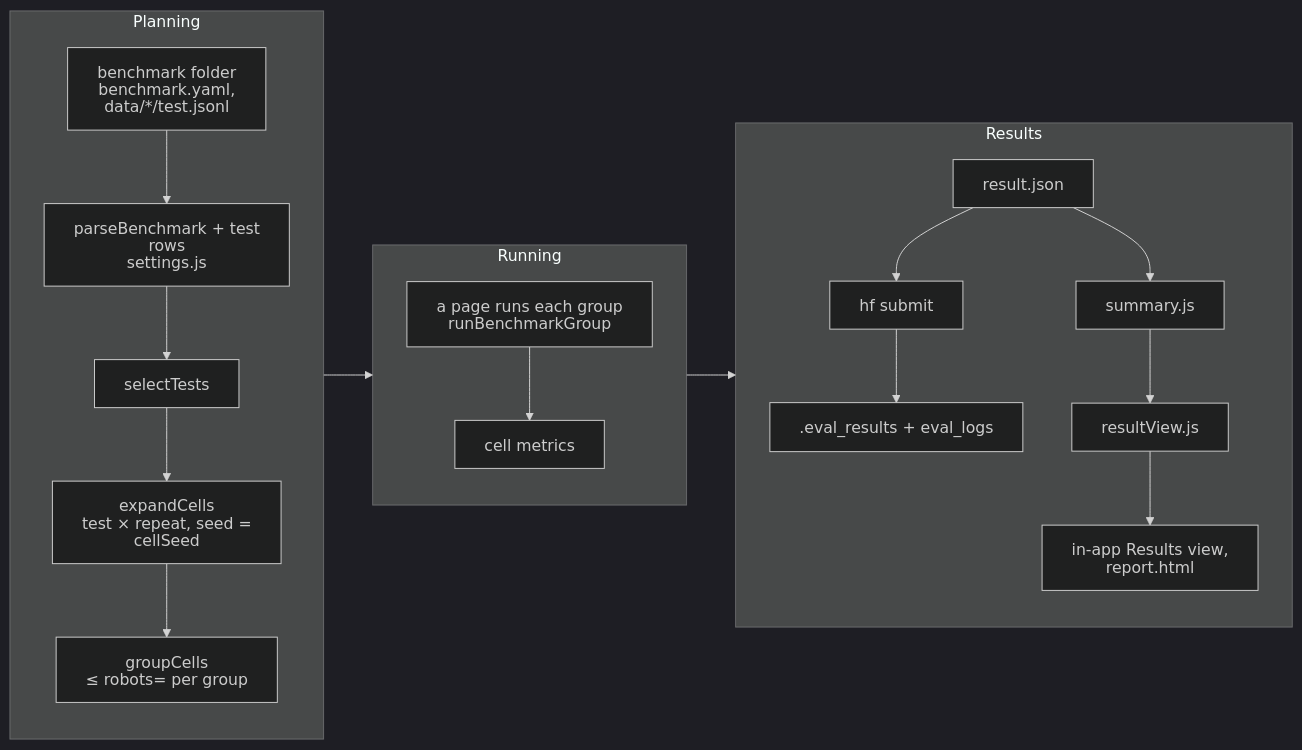
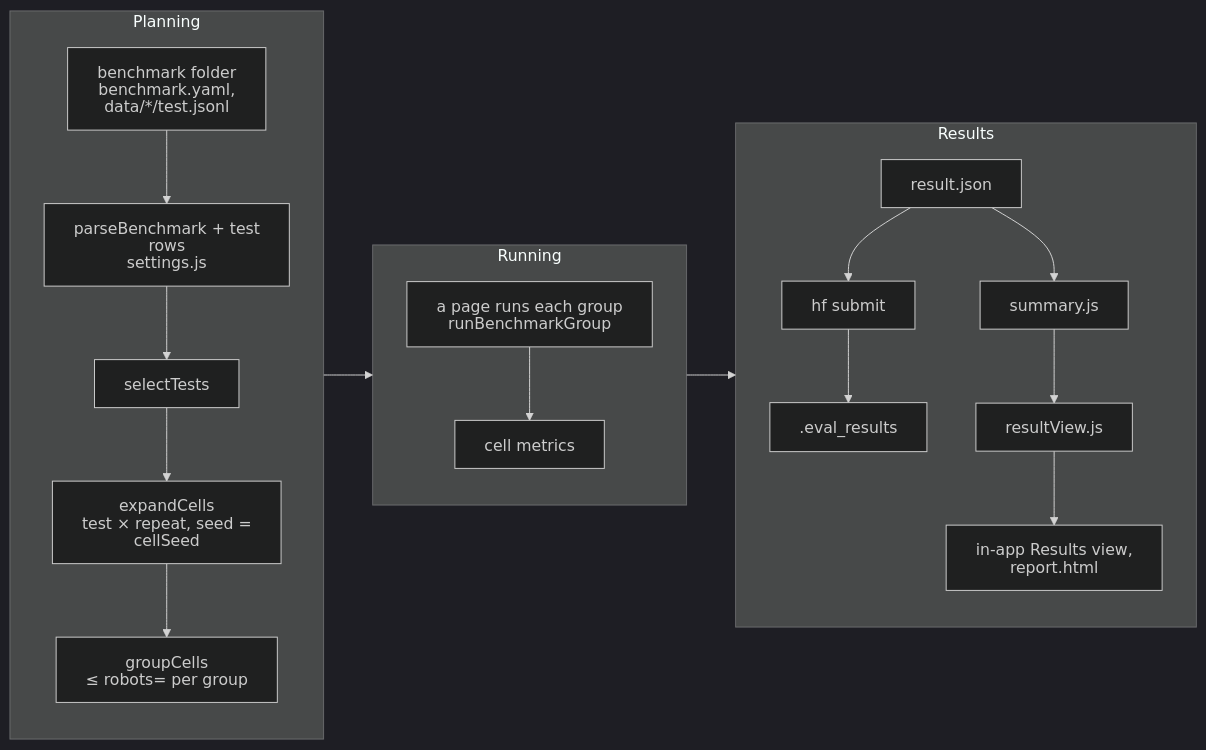
The second of 2 diagrams in docs/architecture.md (menloresearch/humanoid-policy-viewer), drawn with Mermaid (dark theme) before and after one commit. The commit also changed other lines of this file and 8 other files, not shown here.

Commit message:
hf submit: upload only .eval_results; the full run stays local

````diff
--- a/docs/architecture.md
+++ b/docs/architecture.md
@@ -140,27 +140,27 @@
 ```mermaid
 ---
 config:
   htmlLabels: false
 ---
 flowchart LR
     subgraph planning["Planning"]
         direction TB
         folder["benchmark folder<br/>benchmark.yaml, data/*/test.jsonl"] --> parse["parseBenchmark + test rows<br/>settings.js"]
         parse --> select[selectTests]
         select --> expand["expandCells<br/>test × repeat, seed = cellSeed"]
         expand --> group["groupCells<br/>≤ robots= per group"]
     end
     subgraph running["Running"]
         direction TB
         run["a page runs each group<br/>runBenchmarkGroup"] --> cells[cell metrics]
     end
     subgraph results["Results"]
         direction TB
         result[result.json] --> submit[hf submit]
-        submit --> eval[".eval_results + eval_logs"]
+        submit --> eval[".eval_results"]
         result --> summary[summary.js]
         summary --> view[resultView.js]
         view --> views["in-app Results view, report.html"]
     end
     planning --> running --> results
 ```
````
